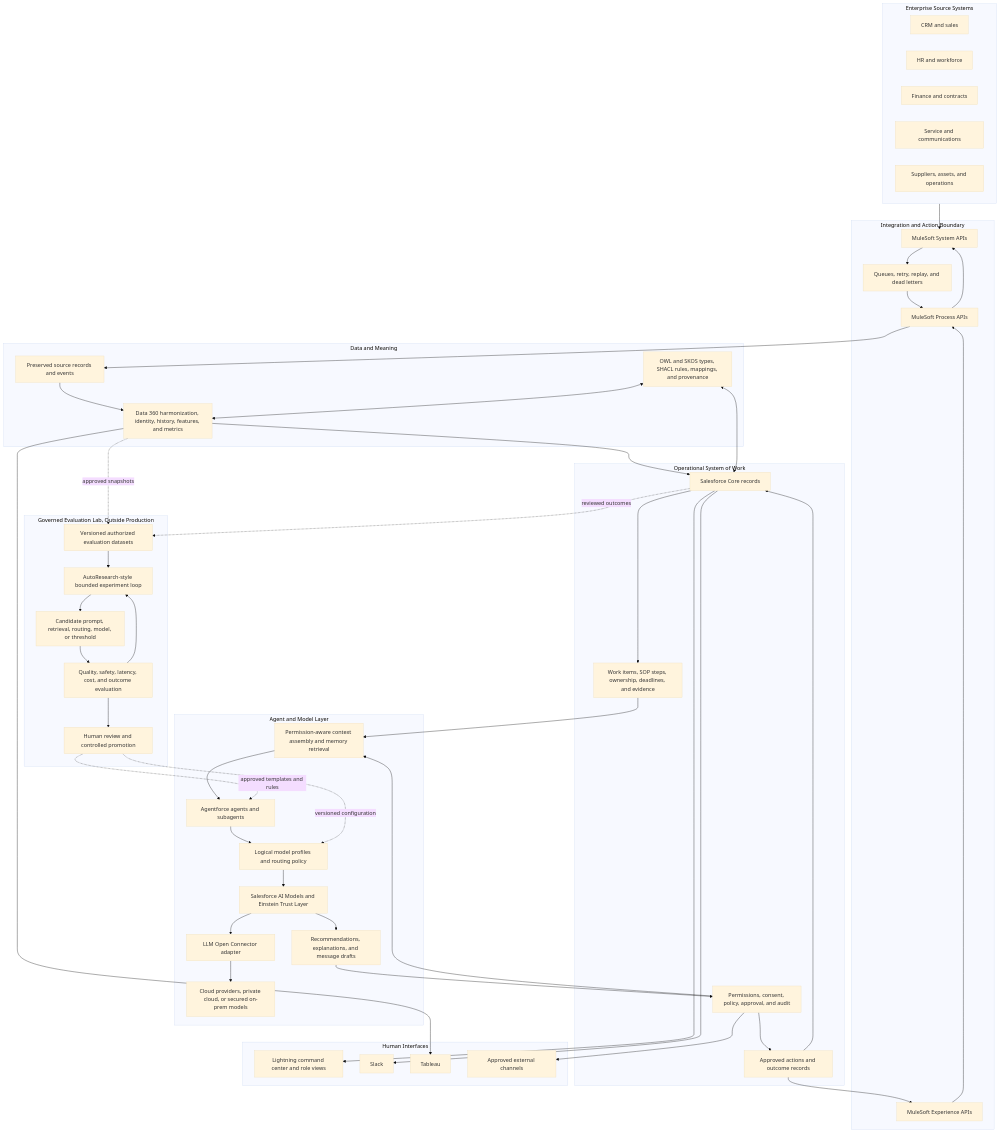
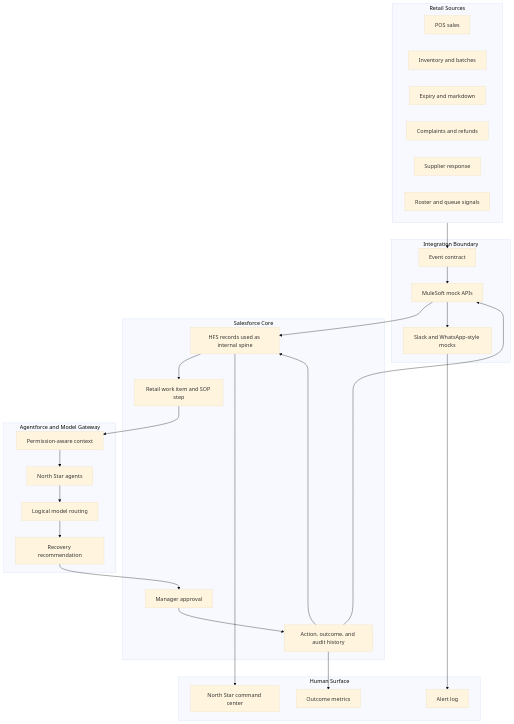
One commit to freeapikeys/HackathonSalesforce changed the second of 2 diagrams in docs/architecture.md. Above: the diagram before and after it, drawn with Mermaid (base theme). The commit also changed other lines of this file and 35 other files, not shown here.

Commit message:
docs: update North Star MVP guidance

````diff
--- a/docs/architecture.md
+++ b/docs/architecture.md
@@ -36,94 +45,47 @@
 ```mermaid
 flowchart TB
-    subgraph Sources["Enterprise Source Systems"]
-        CRM["CRM and sales"]
-        HR["HR and workforce"]
-        FIN["Finance and contracts"]
-        SERVICE["Service and communications"]
-        OPS["Suppliers, assets, and operations"]
+    subgraph RetailSources["Retail Sources"]
+        POS["POS sales"]
+        INV["Inventory and batches"]
+        EXP["Expiry and markdown"]
+        COMP["Complaints and refunds"]
+        SUP["Supplier response"]
+        ROSTER["Roster and queue signals"]
     end
 
-    subgraph Integration["Integration and Action Boundary"]
-        SYSAPI["MuleSoft System APIs"]
-        PROCAPI["MuleSoft Process APIs"]
-        MQ["Queues, retry, replay, and dead letters"]
-        EXPAPI["MuleSoft Experience APIs"]
+    subgraph Integration["Integration Boundary"]
+        EVENTS["Event contract"]
+        MULE["MuleSoft mock APIs"]
+        CHANNELS["Slack and WhatsApp-style mocks"]
     end
 
-    subgraph Data["Data and Meaning"]
-        RAW["Preserved source records and events"]
-        D360["Data 360 harmonization, identity, history, features, and metrics"]
-        SEM["OWL and SKOS types, SHACL rules, mappings, and provenance"]
+    subgraph Salesforce["Salesforce Core"]
+        RECORDS["HFS records used as internal spine"]
+        WORK["Retail work item and SOP step"]
+        APPROVAL["Manager approval"]
+        AUDIT["Action, outcome, and audit history"]
     end
 
-    subgraph Operations["Operational System of Work"]
-        CORE["Salesforce Core records"]
-        WORK["Work items, SOP steps, ownership, deadlines, and evidence"]
-        GOV["Permissions, consent, policy, approval, and audit"]
-        ACTIONS["Approved actions and outcome records"]
+    subgraph Intelligence["Agentforce and Model Gateway"]
+        CONTEXT["Permission-aware context"]
+        ROUTER["Logical model routing"]
+        AGENT["North Star agents"]
+        REC["Recovery recommendation"]
     end
 
-    subgraph Intelligence["Agent and Model Layer"]
-        AGENT["Agentforce agents and subagents"]
-        CONTEXT["Permission-aware context assembly and memory retrieval"]
-        ROUTER["Logical model profiles and routing policy"]
-        SF_MODELS["Salesforce AI Models and Einstein Trust Layer"]
-        OPEN["LLM Open Connector adapter"]
-        PROVIDERS["Cloud providers, private cloud, or secured on-prem models"]
-        RECOMMEND["Recommendations, explanations, and message drafts"]
+    subgraph UI["Human Surface"]
+        LWC["North Star command center"]
+        ALERTS["Alert log"]
+        METRICS["Outcome metrics"]
     end
 
-    subgraph Channels["Human Interfaces"]
-        LWC["Lightning command center and role views"]
-        SLACK["Slack"]
-        TABLEAU["Tableau"]
-        API["Approved external channels"]
-    end
-
-    subgraph Lab["Governed Evaluation Lab, Outside Production"]
-        EVALDATA["Versioned authorized evaluation datasets"]
-        LOOP["AutoResearch-style bounded experiment loop"]
-        CANDIDATE["Candidate prompt, retrieval, routing, model, or threshold"]
-        SCORE["Quality, safety, latency, cost, and outcome evaluation"]
-        PROMOTE["Human review and controlled promotion"]
-    end
-
-    Sources --> SYSAPI
-    SYSAPI --> MQ
-    MQ --> PROCAPI
-    PROCAPI --> RAW
-    RAW --> D360
-    SEM <--> D360
-    D360 --> CORE
-    SEM <--> CORE
-    CORE --> WORK
-    WORK --> CONTEXT
-    GOV --> CONTEXT
-    CONTEXT --> AGENT
-    AGENT --> ROUTER
-    ROUTER --> SF_MODELS
-    SF_MODELS --> OPEN
-    OPEN --> PROVIDERS
-    SF_MODELS --> RECOMMEND
-    RECOMMEND --> GOV
-    GOV --> ACTIONS
-    ACTIONS --> EXPAPI
-    EXPAPI --> PROCAPI
-    PROCAPI --> SYSAPI
-    ACTIONS --> CORE
-
-    CORE --> LWC
-    CORE --> SLACK
-    D360 --> TABLEAU
-    GOV --> API
-
-    D360 -. approved snapshots .-> EVALDATA
-    CORE -. reviewed outcomes .-> EVALDATA
-    EVALDATA --> LOOP
-    LOOP --> CANDIDATE
-    CANDIDATE --> SCORE
-    SCORE --> LOOP
-    SCORE --> PROMOTE
-    PROMOTE -. versioned configuration .-> ROUTER
-    PROMOTE -. approved templates and rules .-> AGENT
+    RetailSources --> EVENTS --> MULE --> RECORDS
+    RECORDS --> WORK --> CONTEXT --> AGENT
+    AGENT --> ROUTER --> REC --> APPROVAL
+    APPROVAL --> AUDIT
+    AUDIT --> MULE --> CHANNELS
+    AUDIT --> RECORDS
+    RECORDS --> LWC
+    CHANNELS --> ALERTS
+    AUDIT --> METRICS
 ```
````
